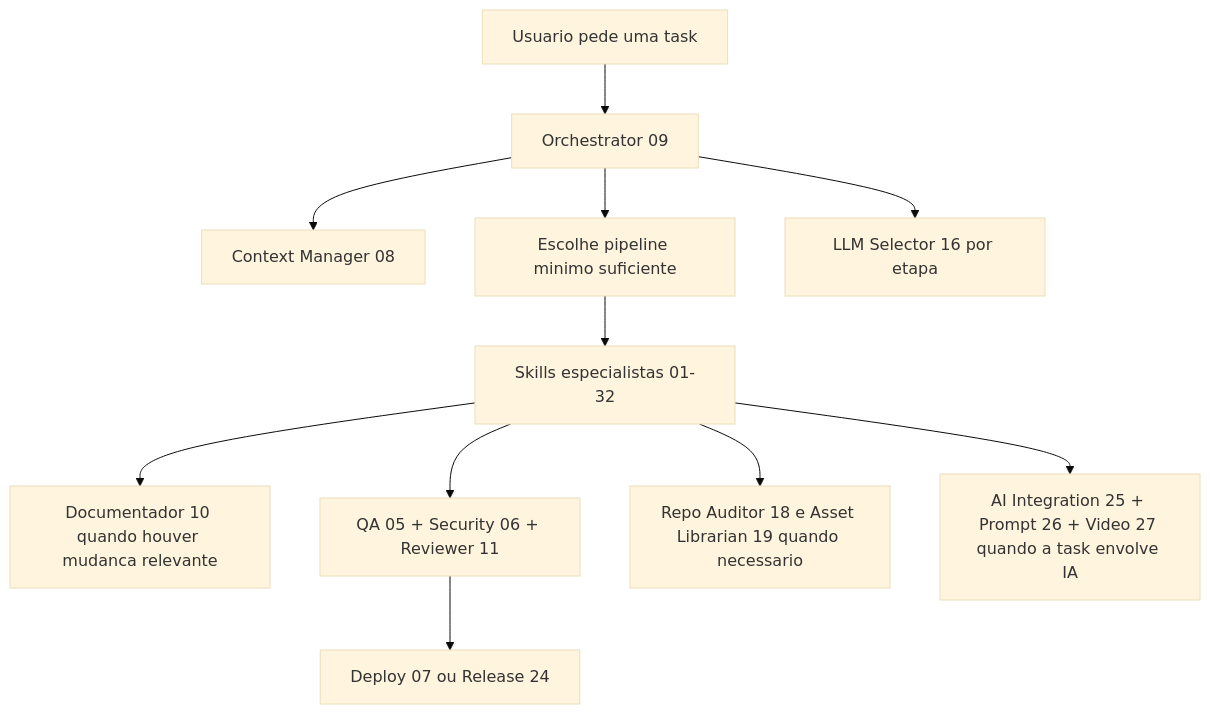
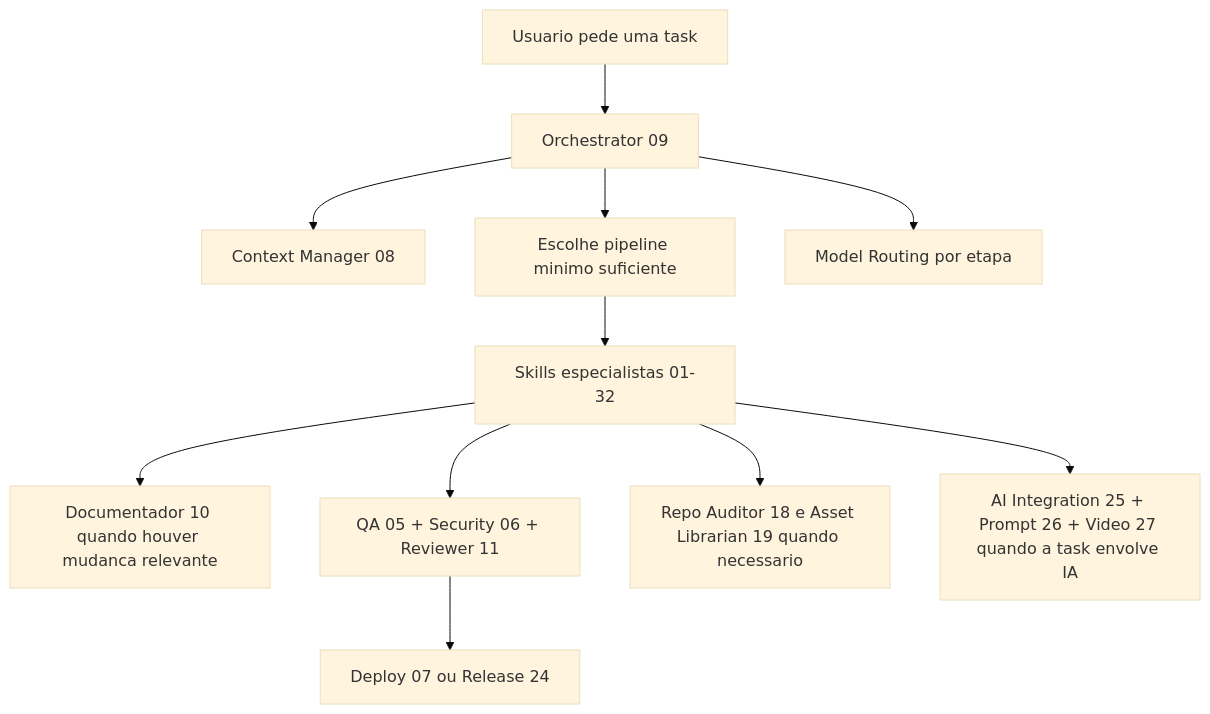
Before and after one commit to felvieira/claude-skills-fv: the first of 3 diagrams in README.md, drawn with Mermaid (base theme). The commit also changed other lines of this file and 3 other files, not shown here.

First line of the commit message:
docs: update README, skill guides, and MCP docs with model-routing references

````diff
--- a/README.md
+++ b/README.md
@@ -91,13 +109,13 @@
 ```mermaid
 flowchart TD
     A[Usuario pede uma task] --> B[Orchestrator 09]
     B --> C[Context Manager 08]
     B --> D[Escolhe pipeline minimo suficiente]
     D --> E[Skills especialistas 01-32]
     E --> F[Documentador 10 quando houver mudanca relevante]
     E --> G[QA 05 + Security 06 + Reviewer 11]
     G --> H[Deploy 07 ou Release 24]
-    B --> I[LLM Selector 16 por etapa]
+    B --> I[Model Routing por etapa]
     E --> J[Repo Auditor 18 e Asset Librarian 19 quando necessario]
     E --> K[AI Integration 25 + Prompt 26 + Video 27 quando a task envolve IA]
 ```
````
